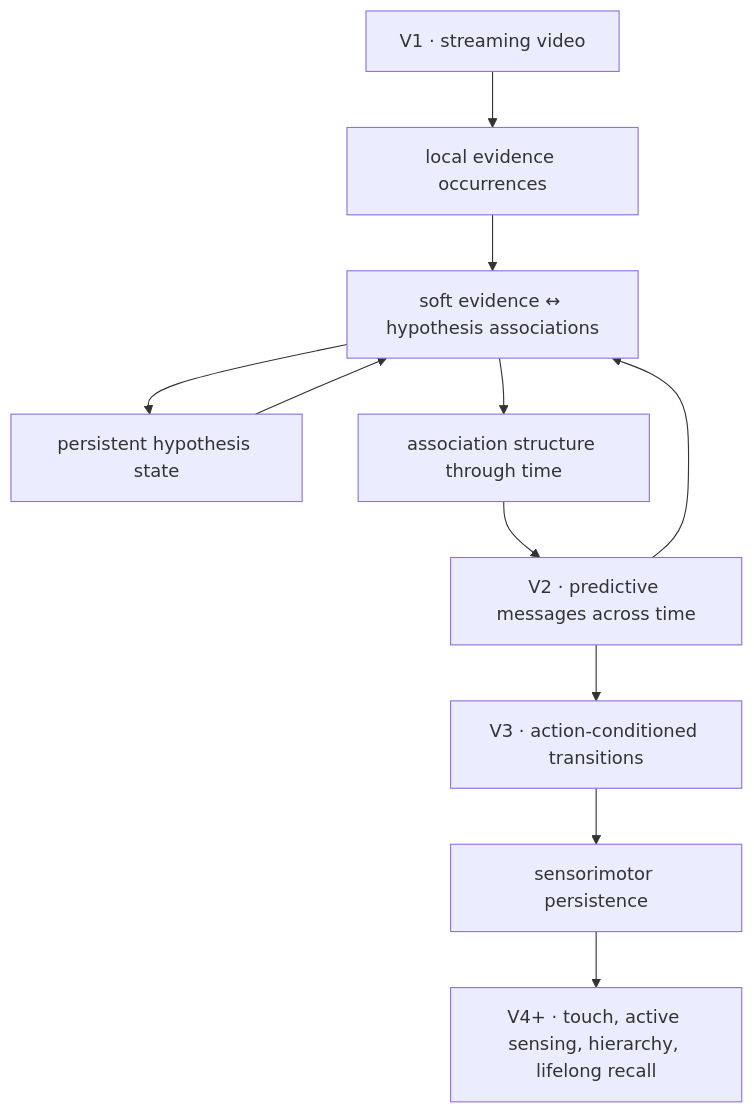
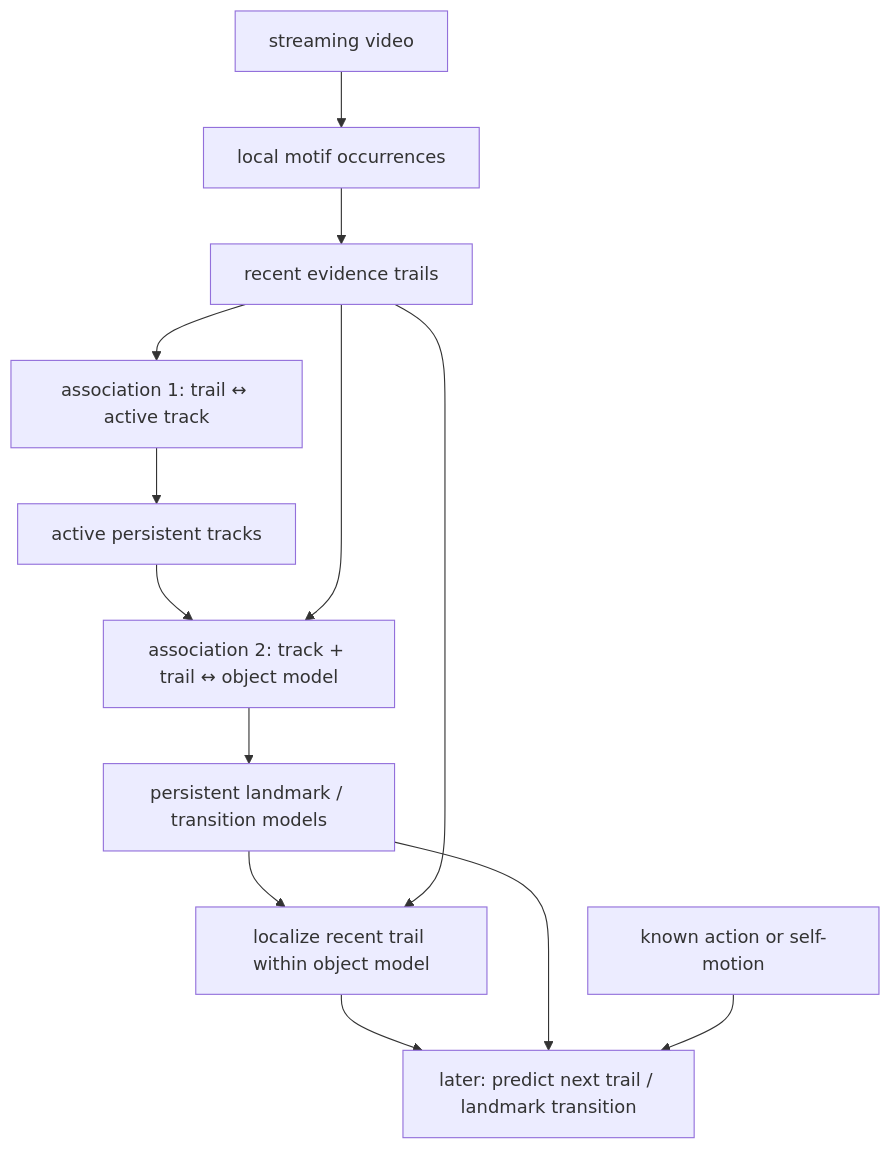
One commit to spencerbug/spencerbug.github.io changed the diagram in _posts/2026-09-22-predictive-sensorimotor-grouping.md. Above: the diagram before and after it, drawn with Mermaid. The commit also changed other lines of this file, not shown here.

Commit message:
Split PSG tracking from object recognition

```diff
--- a/_posts/2026-09-22-predictive-sensorimotor-grouping.md
+++ b/_posts/2026-09-22-predictive-sensorimotor-grouping.md
@@ -114,16 +68,15 @@
 ~~~mermaid
 flowchart TD
-    V["V1 · streaming video"] --> E["local evidence occurrences"]
-    E --> B["soft evidence ↔ hypothesis associations"]
-    B --> H["persistent hypothesis state"]
-    H --> B
-    B --> T["association structure through time"]
-
-    T --> P["V2 · predictive messages across time"]
-    P --> B
-
-    P --> A["V3 · action-conditioned transitions"]
-    A --> S["sensorimotor persistence"]
-
-    S --> X["V4+ · touch, active sensing, hierarchy, lifelong recall"]
+    V["streaming video"] --> E["local motif occurrences"]
+    E --> R["recent evidence trails"]
+    R --> A1["association 1: trail ↔ active track"]
+    A1 --> T["active persistent tracks"]
+    T --> A2["association 2: track + trail ↔ object model"]
+    R --> A2
+    A2 --> M["persistent landmark / transition models"]
+    M --> L["localize recent trail within object model"]
+    R --> L
+    L --> P["later: predict next trail / landmark transition"]
+    M --> P
+    X["known action or self-motion"] --> P
 ~~~
```
